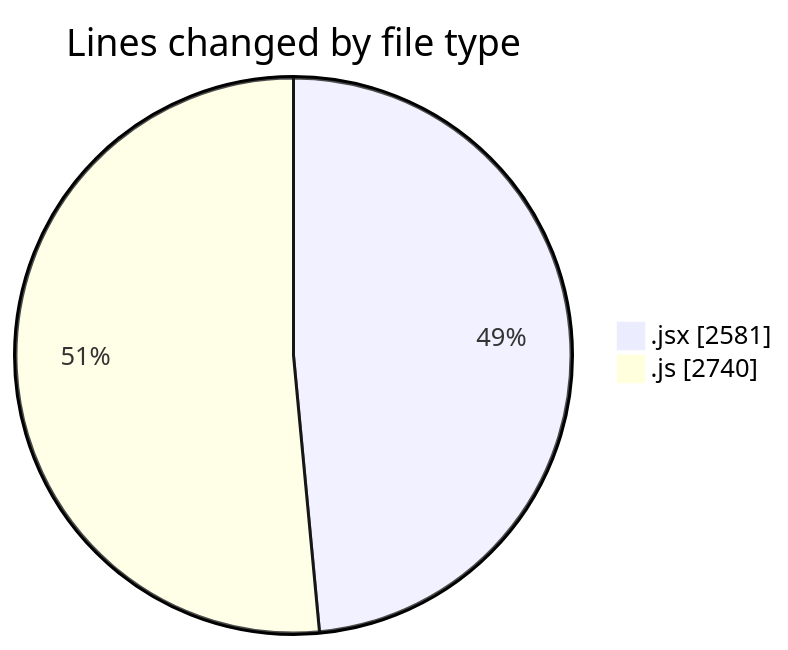
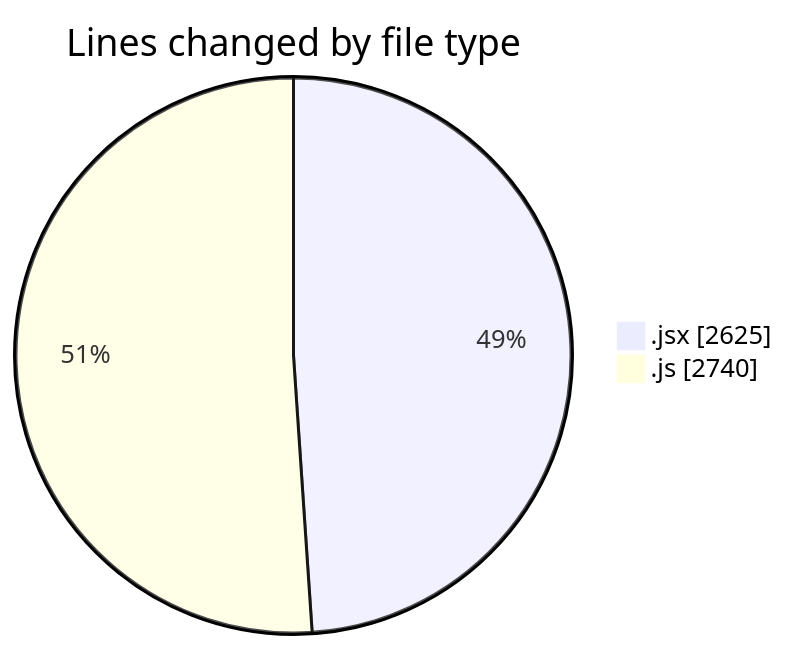
The first of 2 diagrams in 2025-09-23/nxtqube_webapp/README.md (nxtqubesakshisongat/code-tracking), drawn with Mermaid before and after one commit. The commit also changed other lines of this file and 1 other file, not shown here.

````diff
--- a/2025-09-23/nxtqube_webapp/README.md
+++ b/2025-09-23/nxtqube_webapp/README.md
@@ -23,6 +23,6 @@
 ```mermaid
 pie showData
 title Lines changed by file type
-".jsx" : 2581
+".jsx" : 2625
 ".js" : 2740
 ```
````
